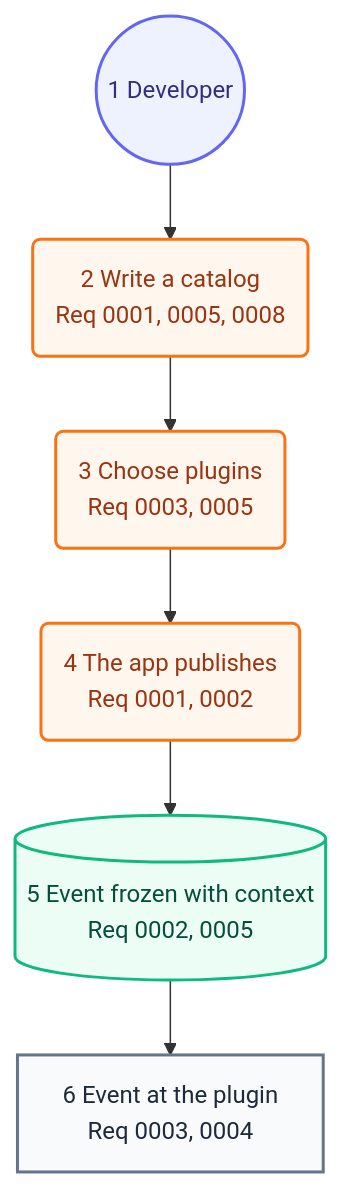
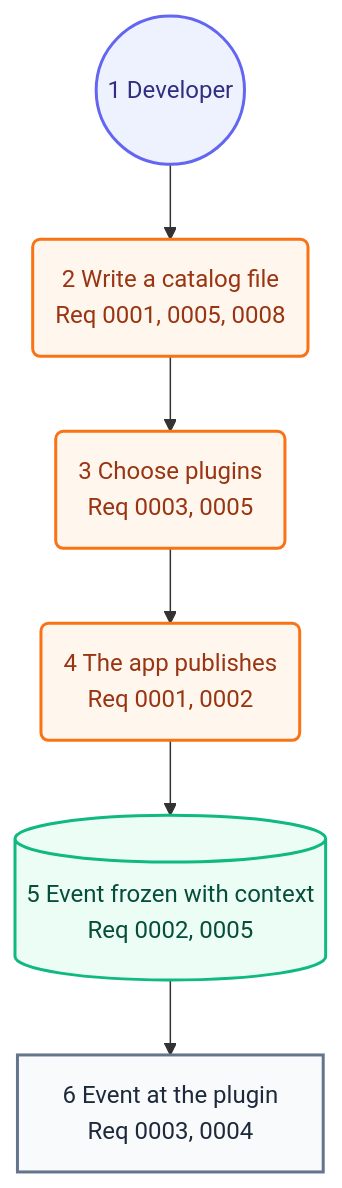
Before and after one commit to may-journal/Stratum-Observability-Java: the second of 2 diagrams in docs/architecture/05-user-journey.md, drawn with Mermaid. The commit also changed other lines of this file and 40 other files, not shown here.

````diff
--- a/docs/architecture/05-user-journey.md
+++ b/docs/architecture/05-user-journey.md
@@ -31,20 +31,20 @@
 ```mermaid
 flowchart TB
     dev((1 Developer)):::persona
-    catalog(2 Write a catalog<br/>Req 0001, 0005, 0008):::action
+    catalog(2 Write a catalog file<br/>Req 0001, 0005, 0008):::action
     plugins(3 Choose plugins<br/>Req 0003, 0005):::action
     publish(4 The app publishes<br/>Req 0001, 0002):::action
     snapshot[(5 Event frozen with context<br/>Req 0002, 0005)]:::system
     plugin[6 Event at the plugin<br/>Req 0003, 0004]:::screen
 
     dev --> catalog
     catalog --> plugins
     plugins --> publish
     publish --> snapshot
     snapshot --> plugin
 
     classDef persona fill:#eef2ff,stroke:#6366f1,color:#312e81,stroke-width:2px
     classDef screen fill:#f8fafc,stroke:#64748b,color:#1e293b,stroke-width:2px
     classDef action fill:#fff7ed,stroke:#f97316,color:#9a3412,stroke-width:2px
     classDef system fill:#ecfdf5,stroke:#10b981,color:#064e3b,stroke-width:2px
 ```
````
